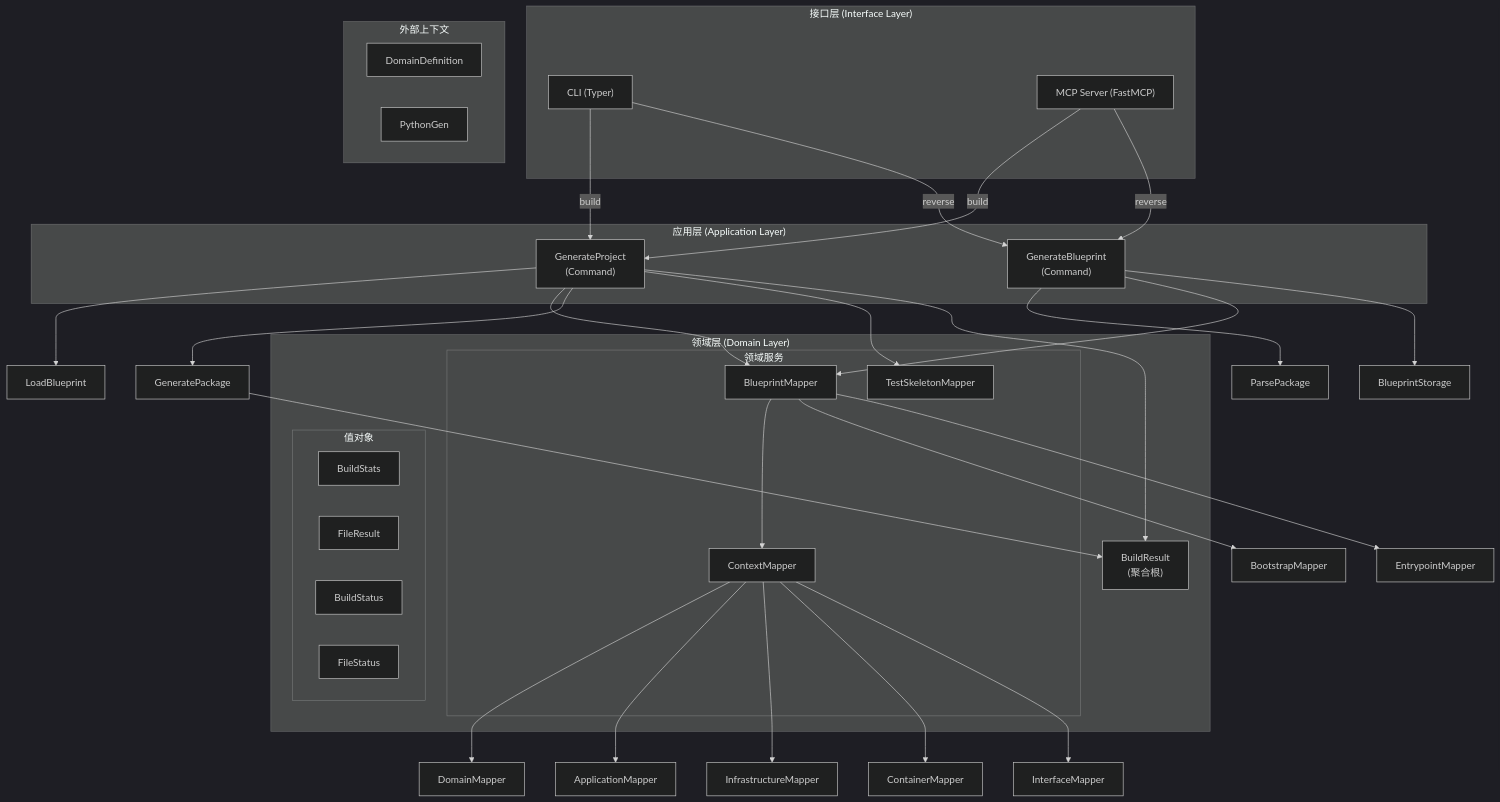
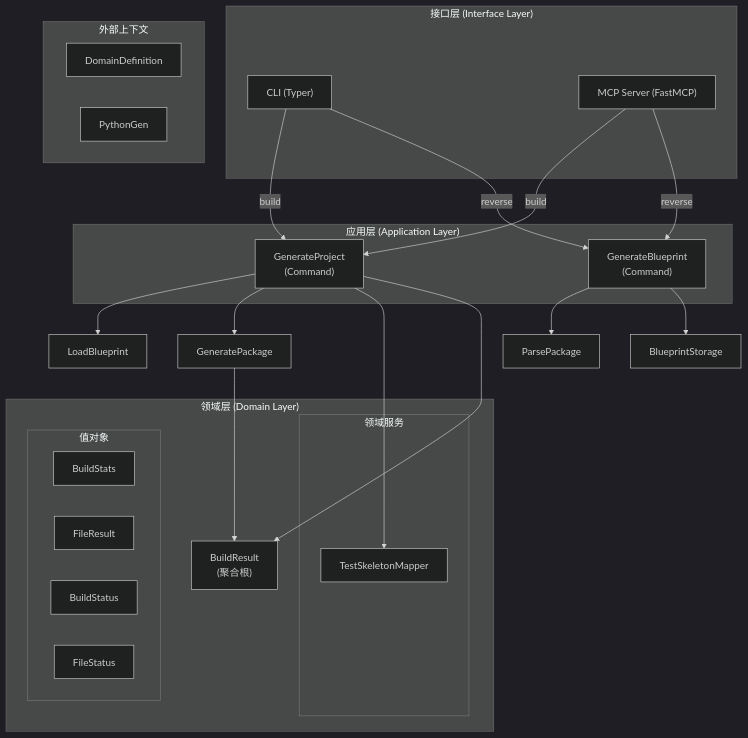
Before and after one commit to Goodsome/codegen: the first of 3 diagrams in docs/orchestration/ddd-architecture.md, drawn with Mermaid (dark theme). The commit also changed other lines of this file and 67 other files, not shown here.

````diff
--- a/docs/orchestration/ddd-architecture.md
+++ b/docs/orchestration/ddd-architecture.md
@@ -117,61 +117,47 @@
 ```mermaid
 graph TB
     subgraph 接口层["接口层 (Interface Layer)"]
         CLI["CLI (Typer)"]
         MCP["MCP Server (FastMCP)"]
     end
 
     subgraph 应用层["应用层 (Application Layer)"]
         GenerateProject["GenerateProject\n(Command)"]
         GenerateBlueprint["GenerateBlueprint\n(Command)"]
     end
 
     subgraph 领域层["领域层 (Domain Layer)"]
         BuildResult["BuildResult\n(聚合根)"]
 
         subgraph 领域服务
-            BlueprintMapper["BlueprintMapper"]
-            ContextMapper["ContextMapper"]
             TestSkeletonMapper["TestSkeletonMapper"]
         end
 
         subgraph 值对象
             BuildStats["BuildStats"]
             FileResult["FileResult"]
             BuildStatus["BuildStatus"]
             FileStatus["FileStatus"]
         end
     end
 
     subgraph 外部上下文
         DD["DomainDefinition"]
         PG["PythonGen"]
     end
 
     CLI -->|build| GenerateProject
     CLI -->|reverse| GenerateBlueprint
     MCP -->|build| GenerateProject
     MCP -->|reverse| GenerateBlueprint
 
     GenerateProject --> LoadBlueprint
-    GenerateProject --> BlueprintMapper
     GenerateProject --> GeneratePackage
     GenerateProject --> TestSkeletonMapper
 
     GenerateBlueprint --> ParsePackage
-    GenerateBlueprint --> BlueprintMapper
     GenerateBlueprint --> BlueprintStorage
-
-    BlueprintMapper --> ContextMapper
-    BlueprintMapper --> BootstrapMapper
-    BlueprintMapper --> EntrypointMapper
-
-    ContextMapper --> DomainMapper
-    ContextMapper --> ApplicationMapper
-    ContextMapper --> InfrastructureMapper
-    ContextMapper --> ContainerMapper
-    ContextMapper --> InterfaceMapper
 
     GenerateProject --> BuildResult
     GeneratePackage --> BuildResult
 ```
````
